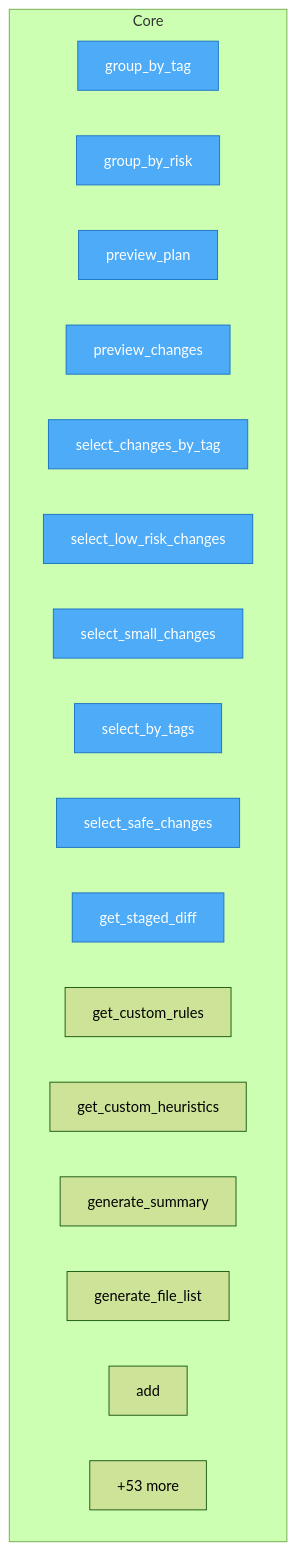
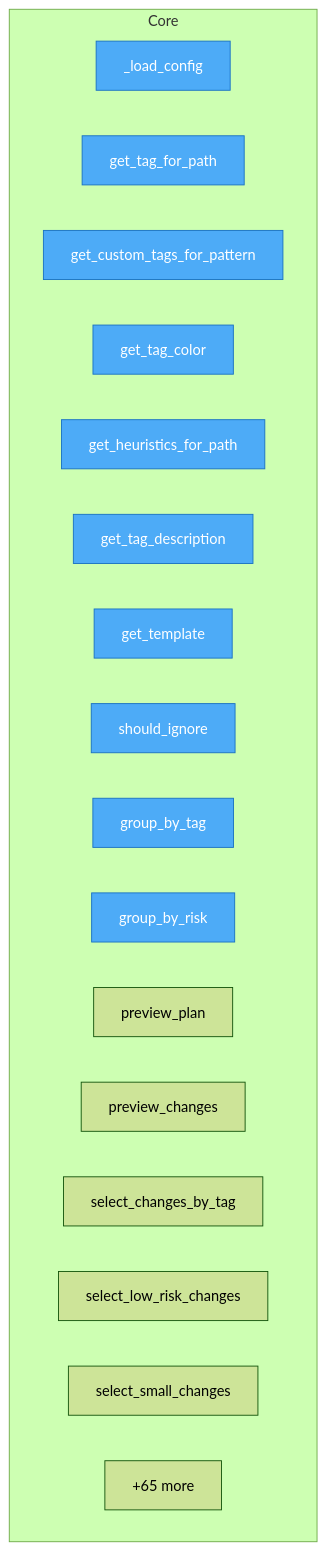
One commit to semcod/tagi changed the diagram in project/flow.mmd. Above: the diagram before and after it, drawn with Mermaid (forest theme). The commit also changed 50 other files, not shown here.

```diff
--- a/project/flow.mmd
+++ b/project/flow.mmd
@@ -1,26 +1,26 @@
 flowchart TD
 %% generated in 0.00s
 
     %% Entry points (blue)
     classDef entry fill:#4dabf7,stroke:#1971c2,color:#fff
 
     subgraph Core
+        src__tagi__config__Config___load_config["_load_config"]
+        src__tagi__config__Config__get_tag_for_path["get_tag_for_path"]
+        src__tagi__config__Config__get_custom_tags_for_pattern["get_custom_tags_for_pattern"]
+        src__tagi__config__Config__get_tag_color["get_tag_color"]
+        src__tagi__config__Config__get_heuristics_for_path["get_heuristics_for_path"]
+        src__tagi__config__Config__get_tag_description["get_tag_description"]
+        src__tagi__config__Config__get_template["get_template"]
+        src__tagi__config__Config__should_ignore["should_ignore"]
         src__tagi__planner__grouper__group_by_tag["group_by_tag"]
         src__tagi__planner__grouper__group_by_risk["group_by_risk"]
         src__tagi__planner__preview__preview_plan["preview_plan"]
         src__tagi__planner__preview__preview_changes["preview_changes"]
         src__tagi__planner__selector__select_changes_by_tag["select_changes_by_tag"]
         src__tagi__planner__selector__select_low_risk_changes["select_low_risk_changes"]
         src__tagi__planner__selector__select_small_changes["select_small_changes"]
-        src__tagi__planner__selector__select_by_tags["select_by_tags"]
-        src__tagi__planner__selector__select_safe_changes["select_safe_changes"]
-        src__tagi__scanner__diff__get_staged_diff["get_staged_diff"]
-        src__tagi__heuristics__rules__get_custom_rules["get_custom_rules"]
-        src__tagi__heuristics__rules__get_custom_heuristics["get_custom_heuristics"]
-        src__tagi__composer__summary__generate_summary["generate_summary"]
-        src__tagi__composer__summary__generate_file_list["generate_file_list"]
-        src__tagi__executor__git__GitExecutor__add["add"]
-        ...["+53 more"]
+        ...["+65 more"]
     end
 
-    class src__tagi__planner__grouper__group_by_tag,src__tagi__planner__grouper__group_by_risk,src__tagi__planner__preview__preview_plan,src__tagi__planner__preview__preview_changes,src__tagi__planner__selector__select_changes_by_tag,src__tagi__planner__selector__select_low_risk_changes,src__tagi__planner__selector__select_small_changes,src__tagi__planner__selector__select_by_tags,src__tagi__planner__selector__select_safe_changes,src__tagi__scanner__diff__get_staged_diff entry
+    class src__tagi__config__Config___load_config,src__tagi__config__Config__get_tag_for_path,src__tagi__config__Config__get_custom_tags_for_pattern,src__tagi__config__Config__get_tag_color,src__tagi__config__Config__get_heuristics_for_path,src__tagi__config__Config__get_tag_description,src__tagi__config__Config__get_template,src__tagi__config__Config__should_ignore,src__tagi__planner__grouper__group_by_tag,src__tagi__planner__grouper__group_by_risk entry
```
